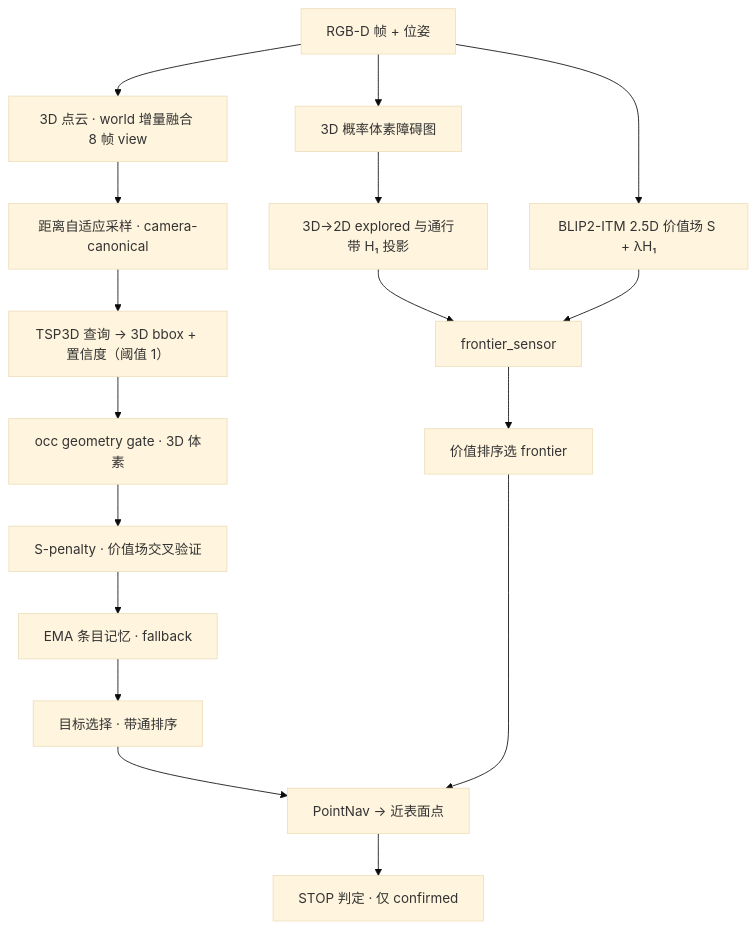
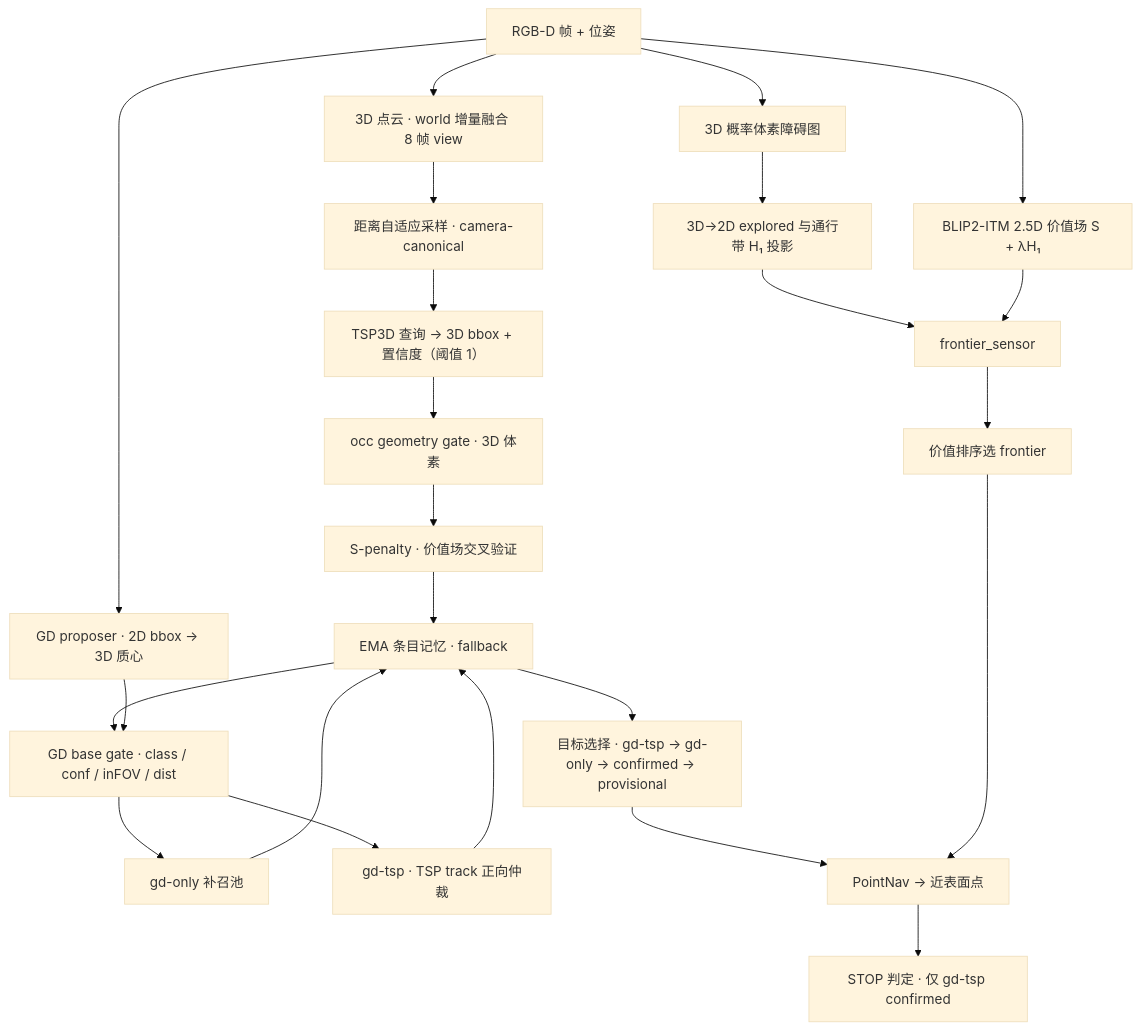
One commit to zyee00128/VLVM changed the diagram in Results/VLVM.md. Above: the diagram before and after it, drawn with Mermaid (base theme). The commit also changed other lines of this file and 39 other files, not shown here.

````diff
--- a/Results/VLVM.md
+++ b/Results/VLVM.md
@@ -27,19 +27,26 @@
 ```mermaid
 flowchart TB
     A1[RGB-D 帧 + 位姿] --> A2[3D 点云 · world 增量融合 8 帧 view]
     A2 --> A3[距离自适应采样 · camera-canonical]
     A3 --> A4[TSP3D 查询 → 3D bbox + 置信度（阈值 1）]
     A4 --> A5[occ geometry gate · 3D 体素]
     A5 --> A6[S-penalty · 价值场交叉验证]
     A6 --> A7[EMA 条目记忆 · fallback]
+    A1 --> D1[GD proposer · 2D bbox → 3D 质心]
+    A7 --> D2[GD base gate · class / conf / inFOV / dist]
+    D1 --> D2
+    D2 --> D3[gd-only 补召池]
+    D2 --> D4[gd-tsp · TSP track 正向仲裁]
+    D3 --> A7
+    D4 --> A7
     A1 --> B1[3D 概率体素障碍图]
     B1 --> B2[3D→2D explored 与通行带 H₁ 投影]
     A1 --> B3[BLIP2-ITM 2.5D 价值场 S + λH₁]
-    A7 --> C1[目标选择 · 带通排序]
+    A7 --> C1[目标选择 · gd-tsp → gd-only → confirmed → provisional]
     B2 --> C2[frontier_sensor]
     B3 --> C2
     C2 --> C3[价值排序选 frontier]
     C1 --> C4[PointNav → 近表面点]
     C3 --> C4
-    C4 --> C5[STOP 判定 · 仅 confirmed]
+    C4 --> C5[STOP 判定 · 仅 gd-tsp confirmed]
 ```
````
